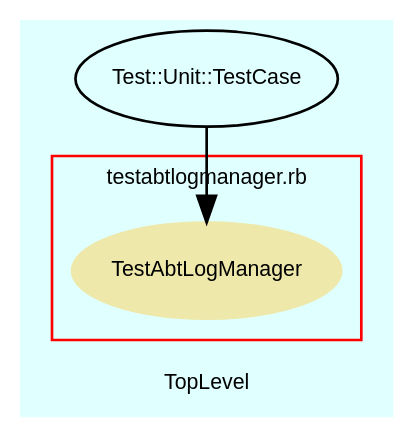
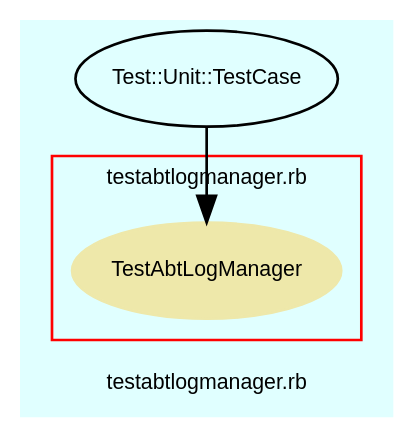
Before and after one commit to eschabell/abtlinux: the diagram in src/trunk/doc/dot/f_11.dot, drawn with Graphviz. The commit also changed 68 other files, not shown here.

```diff
--- a/src/trunk/doc/dot/f_11.dot
+++ b/src/trunk/doc/dot/f_11.dot
@@ -1,37 +1,37 @@
 digraph TopLevel {
     compound = true
     bgcolor = lightcyan1
     fontname = Arial
     fontsize = 8
-    label = "TopLevel"
+    label = "testabtlogmanager.rb"
     node [
         fontname = Arial,
         fontsize = 8,
         color = black
     ]
 
     subgraph cluster_12 {
         fontname = Arial
         color = red
         label = "testabtlogmanager.rb"
         TestAbtLogManager [
             fontcolor = black,
             URL = "classes/TestAbtLogManager.html",
             shape = ellipse,
             color = palegoldenrod,
             style = filled,
             label = "TestAbtLogManager"
         ]
 
     }
 
     Test__Unit__TestCase [
         URL = "classes/Test/Unit/TestCase.html",
         label = "Test::Unit::TestCase"
     ]
 
     Test__Unit__TestCase -> TestAbtLogManager [
 
     ]
 
 }
```
